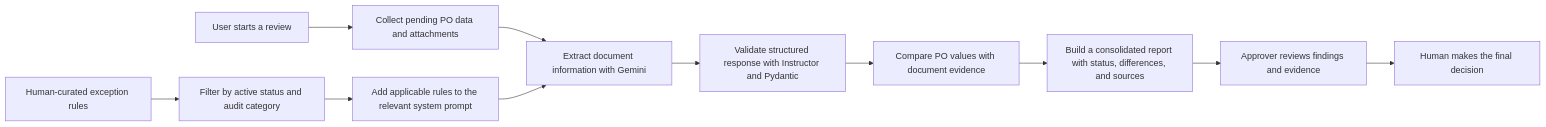
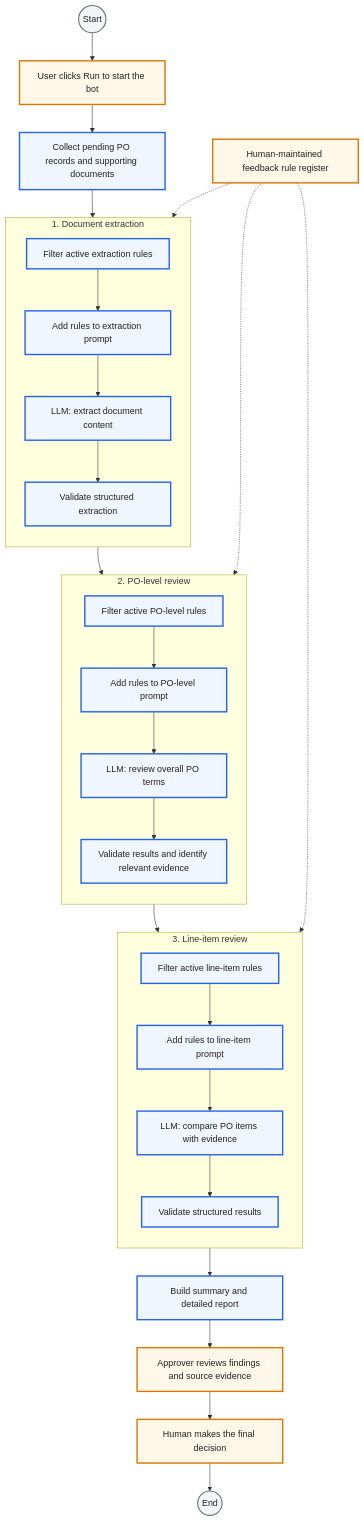
The second of 2 diagrams in README.md (fangyiiwu/ai_assisted_procurement-_review_workflow), drawn with Mermaid before and after one commit. The commit also changed other lines of this file, not shown here.

First line of the commit message:
doc: update readme with business as-is to-be flow chart for the flow

````diff
--- a/README.md
+++ b/README.md
@@ -35,14 +52,45 @@
 ```mermaid
-flowchart LR
-    A[User starts a review] --> B[Collect pending PO data and attachments]
-    B --> C[Extract document information with Gemini]
-    C --> D[Validate structured response with Instructor and Pydantic]
-    D --> E[Compare PO values with document evidence]
-    E --> F[Build a consolidated report with status, differences, and sources]
-    F --> G[Approver reviews findings and evidence]
-    G --> H[Human makes the final decision]
+flowchart TD
+    START((Start)) --> BEGIN[User clicks Run to start the bot]
+    BEGIN --> COLLECT[Collect pending PO records and supporting documents]
 
-    R[Human-curated exception rules] --> S[Filter by active status and audit category]
-    S --> T[Add applicable rules to the relevant system prompt]
-    T --> C
+    subgraph EXTRACTION["1. Document extraction"]
+        direction TB
+        EXT_RULES[Filter active extraction rules] --> EXT_PROMPT[Add rules to extraction prompt]
+        EXT_PROMPT --> EXT_LLM[LLM: extract document content]
+        EXT_LLM --> EXT_VALIDATE[Validate structured extraction]
+    end
+    COLLECT --> EXT_RULES
+
+    subgraph DOC_AUDIT["2. PO-level review"]
+        direction TB
+        DOC_RULES[Filter active PO-level rules] --> DOC_PROMPT[Add rules to PO-level prompt]
+        DOC_PROMPT --> DOC_LLM[LLM: review overall PO terms]
+        DOC_LLM --> DOC_VALIDATE[Validate results and identify relevant evidence]
+    end
+    EXT_VALIDATE --> DOC_RULES
+
+    subgraph ITEM_AUDIT["3. Line-item review"]
+        direction TB
+        ITEM_RULES[Filter active line-item rules] --> ITEM_PROMPT[Add rules to line-item prompt]
+        ITEM_PROMPT --> ITEM_LLM[LLM: compare PO items with evidence]
+        ITEM_LLM --> ITEM_VALIDATE[Validate structured results]
+    end
+    DOC_VALIDATE --> ITEM_RULES
+
+    ITEM_VALIDATE --> REPORT[Build summary and detailed report]
+    REPORT --> REVIEW[Approver reviews findings and source evidence]
+    REVIEW --> DECISION[Human makes the final decision]
+    DECISION --> FINISH((End))
+
+    FEEDBACK[Human-maintained feedback rule register] -.-> EXT_RULES
+    FEEDBACK -.-> DOC_RULES
+    FEEDBACK -.-> ITEM_RULES
+
+    classDef human fill:#FFF7E8,stroke:#D97706,stroke-width:2.5px,color:#222222
+    classDef bot fill:#EFF6FF,stroke:#2563EB,stroke-width:2.5px,color:#222222
+    classDef boundary fill:#F3F4F6,stroke:#6B7280,stroke-width:2px,color:#222222
+    class BEGIN,REVIEW,DECISION,FEEDBACK human
+    class COLLECT,EXT_RULES,EXT_PROMPT,EXT_LLM,EXT_VALIDATE,DOC_RULES,DOC_PROMPT,DOC_LLM,DOC_VALIDATE,ITEM_RULES,ITEM_PROMPT,ITEM_LLM,ITEM_VALIDATE,REPORT bot
+    class START,FINISH boundary
 ```
````
